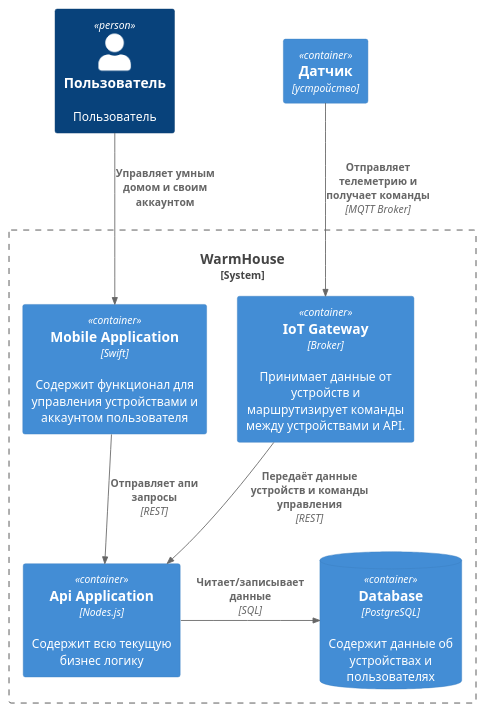
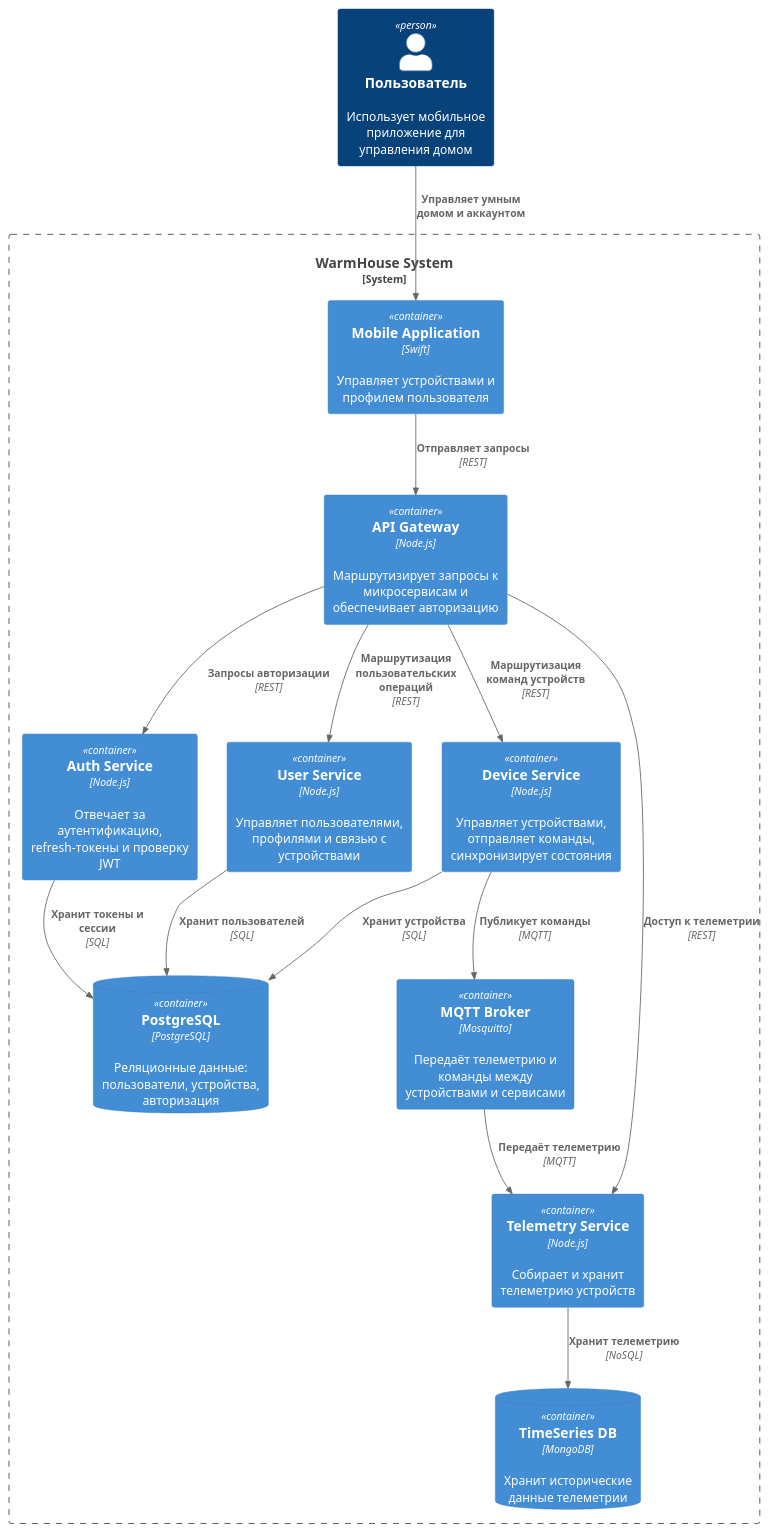
One commit to Nikita-hub000/arch-1 changed the diagram in task2_containers.wsd. Above: the diagram before and after it, drawn with PlantUML. The commit also changed 2 other files, not shown here.

```diff
--- a/task2_containers.wsd
+++ b/task2_containers.wsd
@@ -1,21 +1,36 @@
 @startuml c4
 !include https://raw.githubusercontent.com/plantuml-stdlib/C4-PlantUML/master/C4_Container.puml
 
-Person(user, "Пользователь", "Пользователь")
+Person(user, "Пользователь", "Использует мобильное приложение для управления домом")
 
-Container(device, "Датчик", "устройство")
+System_Boundary(house, "WarmHouse System") {
+    Container(mobileApp, "Mobile Application", "Swift", "Управляет устройствами и профилем пользователя")
+    Container(apiGateway, "API Gateway", "Node.js", "Маршрутизирует запросы к микросервисам и обеспечивает авторизацию")
+    
+    Container(authService, "Auth Service", "Node.js", "Отвечает за аутентификацию, refresh-токены и проверку JWT")
+    Container(userService, "User Service", "Node.js", "Управляет пользователями, профилями и связью с устройствами")
+    Container(deviceService, "Device Service", "Node.js", "Управляет устройствами, отправляет команды, синхронизирует состояния")
+    Container(telemetryService, "Telemetry Service", "Node.js", "Собирает и хранит телеметрию устройств")
+    
+    Container(mqttBroker, "MQTT Broker", "Mosquitto", "Передаёт телеметрию и команды между устройствами и сервисами")
+    ContainerDb(postgres, "PostgreSQL", "PostgreSQL", "Реляционные данные: пользователи, устройства, авторизация")
+    ContainerDb(timeseriesDB, "TimeSeries DB", "MongoDB", "Хранит исторические данные телеметрии")
+}
 
-System_Boundary(house, "WarmHouse") {
-    Container(mobile, "Mobile Application", "Swift", "Содержит функционал для управления устройствами и аккаунтом пользователя")
-    Container(gateway, "IoT Gateway", "Broker", "Принимает данные от устройств и маршрутизирует команды между устройствами и API.")
-    Container(api, "Api Application", "Nodes.js", "Содержит всю текущую бизнес логику")
-    ContainerDb(db, "Database", "PostgreSQL", "Содержит данные об устройствах и пользователях")
-}
-Rel_D(user, mobile, "Управляет умным домом и своим аккаунтом")
-Rel(device, gateway, "Отправляет телеметрию и получает команды", "MQTT Broker")
-Rel(gateway, api, "Передаёт данные устройств и команды управления", "REST")
+Rel(user, mobileApp, "Управляет умным домом и аккаунтом")
+Rel(mobileApp, apiGateway, "Отправляет запросы", "REST")
 
-Rel_D(mobile, api, "Отправляет апи запросы", "REST")
+Rel(apiGateway, authService, "Запросы авторизации", "REST")
+Rel(apiGateway, userService, "Маршрутизация пользовательских операций", "REST")
+Rel(apiGateway, deviceService, "Маршрутизация команд устройств", "REST")
+Rel(apiGateway, telemetryService, "Доступ к телеметрии", "REST")
 
-Rel_R(api, db, "Читает/записывает данные", "SQL")
+Rel(deviceService, mqttBroker, "Публикует команды", "MQTT")
+Rel(mqttBroker, telemetryService, "Передаёт телеметрию", "MQTT")
+
+Rel(telemetryService, timeseriesDB, "Хранит телеметрию", "NoSQL")
+Rel(userService, postgres, "Хранит пользователей", "SQL")
+Rel(deviceService, postgres, "Хранит устройства", "SQL")
+Rel(authService, postgres, "Хранит токены и сессии", "SQL")
+
 @enduml
```
